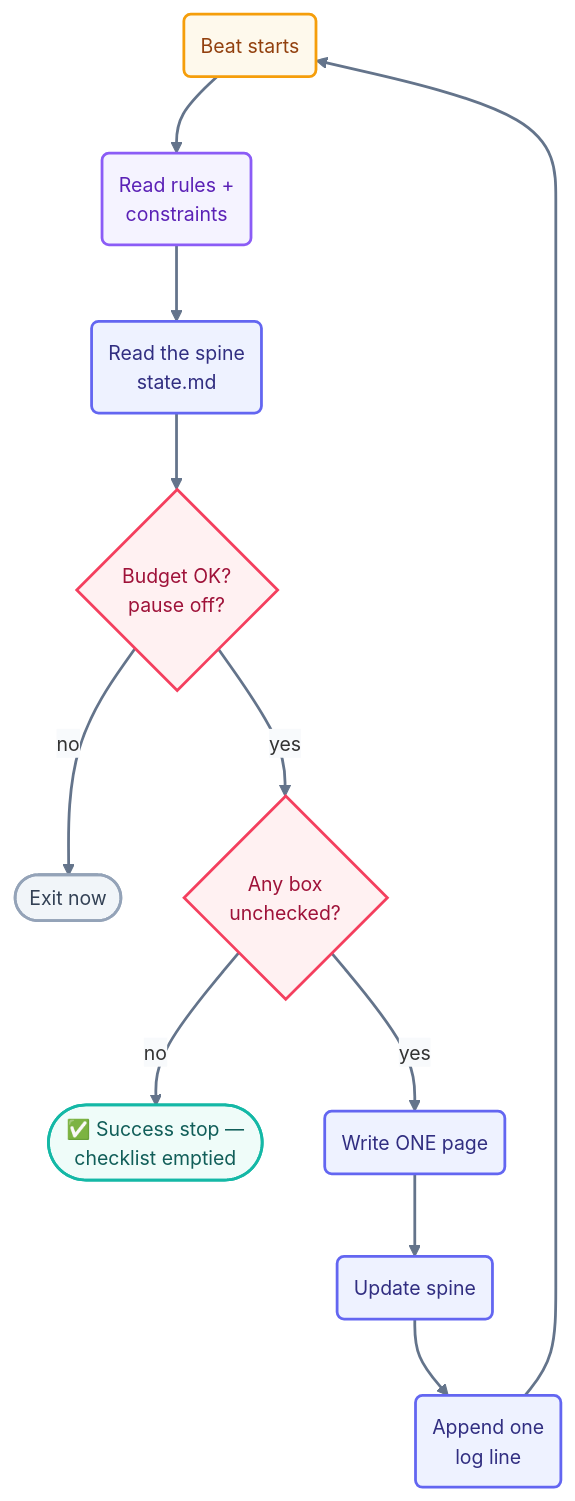
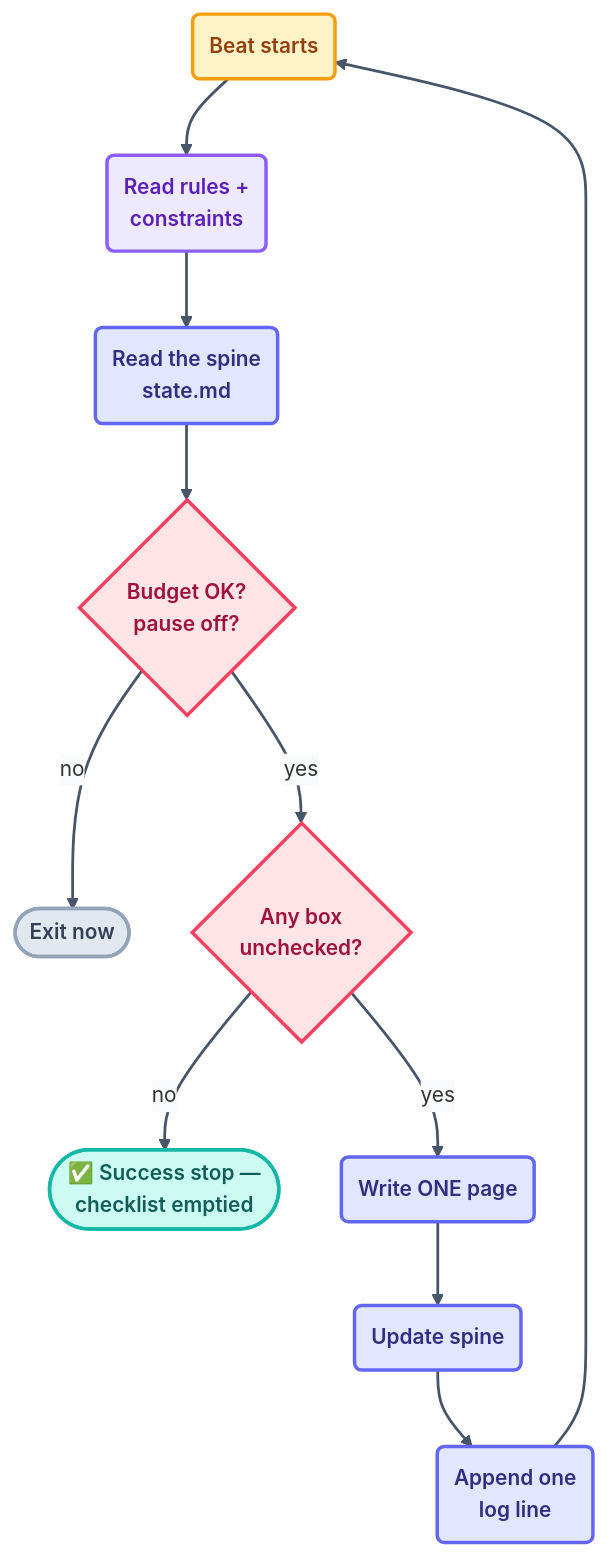
The diagram in loops/day1/page-writer/loop.md (ayeshakhalid192007-dev/LoopEngineering-CrashCourse), drawn with Mermaid before and after one commit. The commit also changed 66 other files, not shown here.

First line of the commit message:
docs(diagrams): visibly bolder pass — deeper fills, heavier strokes, semibold labels

````diff
--- a/loops/day1/page-writer/loop.md
+++ b/loops/day1/page-writer/loop.md
@@ -81,19 +81,19 @@
 ```mermaid
-%%{init: {'theme':'base','themeVariables':{'fontFamily':'ui-sans-serif, system-ui, sans-serif','fontSize':'14px','lineColor':'#64748b','edgeLabelBackground':'#f8fafc'},'flowchart':{'curve':'basis','nodeSpacing':45,'rankSpacing':55,'padding':12}}}%%
+%%{init: {'theme':'base','themeVariables':{'fontFamily':'ui-sans-serif, system-ui, sans-serif','fontSize':'15px','lineColor':'#475569','edgeLabelBackground':'#f8fafc'},'flowchart':{'curve':'basis','nodeSpacing':45,'rankSpacing':55,'padding':12}}}%%
 flowchart TD
     S("Beat starts"):::time --> RULES("Read rules +<br/>constraints"):::cfg
     RULES --> SPINE("Read the spine<br/>state.md"):::beat
     SPINE --> BUDGET{"Budget OK?<br/>pause off?"}:::limit
     BUDGET -->|no| EXIT(["Exit now"]):::stop
     BUDGET -->|yes| DONE{"Any box<br/>unchecked?"}:::limit
     DONE -->|no| WIN(["✅ Success stop —<br/>checklist emptied"]):::win
     DONE -->|yes| WORK("Write ONE page"):::beat
     WORK --> UPD("Update spine"):::beat --> LOG("Append one<br/>log line"):::beat --> S
-    linkStyle default stroke:#64748b,stroke-width:2px;
-    classDef time fill:#fef9ec,stroke:#f59e0b,stroke-width:2px,color:#92400e;
-    classDef cfg fill:#f5f3ff,stroke:#8b5cf6,stroke-width:2px,color:#5b21b6;
-    classDef beat fill:#eef2ff,stroke:#6366f1,stroke-width:2px,color:#312e81;
-    classDef limit fill:#fff1f2,stroke:#f43f5e,stroke-width:2px,color:#9f1239;
-    classDef stop fill:#f1f5f9,stroke:#94a3b8,stroke-width:2px,color:#334155;
-    classDef win fill:#effcf9,stroke:#14b8a6,stroke-width:2px,color:#115e59;
+    linkStyle default stroke:#475569,stroke-width:2px;
+    classDef time fill:#fef3c7,stroke:#f59e0b,stroke-width:2.5px,color:#92400e,font-weight:600;
+    classDef cfg fill:#ede9fe,stroke:#8b5cf6,stroke-width:2.5px,color:#5b21b6,font-weight:600;
+    classDef beat fill:#e0e7ff,stroke:#6366f1,stroke-width:2.5px,color:#312e81,font-weight:600;
+    classDef limit fill:#ffe4e6,stroke:#f43f5e,stroke-width:2.5px,color:#9f1239,font-weight:600;
+    classDef stop fill:#e2e8f0,stroke:#94a3b8,stroke-width:2.5px,color:#334155,font-weight:600;
+    classDef win fill:#ccfbf1,stroke:#14b8a6,stroke-width:2.5px,color:#115e59,font-weight:600;
 ```
````
